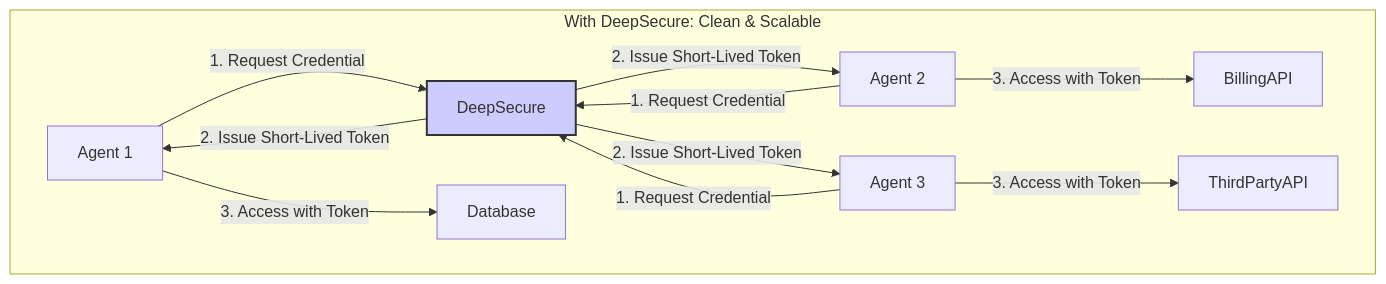
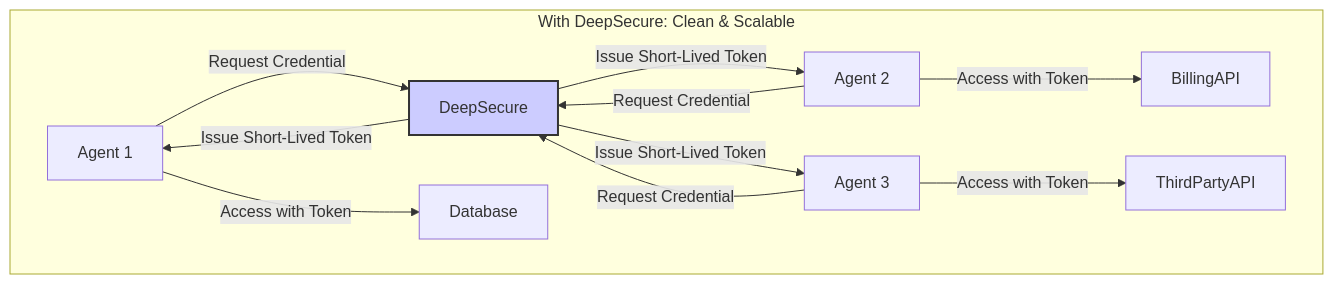
One commit to DeepTrail/deepsecure changed the second of 3 diagrams in README.md. Above: the diagram before and after it, drawn with Mermaid.

Commit message:
Updating README to fix diagram

````diff
--- a/README.md
+++ b/README.md
@@ -170,18 +170,18 @@
 ```mermaid
 graph TD
     subgraph "With DeepSecure: Clean & Scalable"
-        Agent1["Agent 1"] -->|1. Request Credential| DeepSecure
-        Agent2["Agent 2"] -->|1. Request Credential| DeepSecure
-        Agent3["Agent 3"] -->|1. Request Credential| DeepSecure
+        Agent1["Agent 1"] -->|"Request Credential"| DeepSecure
+        Agent2["Agent 2"] -->|"Request Credential"| DeepSecure
+        Agent3["Agent 3"] -->|"Request Credential"| DeepSecure
 
-        DeepSecure -- "2. Issue Short-Lived Token" --> Agent1
-        DeepSecure -- "2. Issue Short-Lived Token" --> Agent2
-        DeepSecure -- "2. Issue Short-Lived Token" --> Agent3
+        DeepSecure -->|"Issue Short-Lived Token"| Agent1
+        DeepSecure -->|"Issue Short-Lived Token"| Agent2
+        DeepSecure -->|"Issue Short-Lived Token"| Agent3
 
-        Agent1 -->|3. Access with Token| Database
-        Agent2 -->|3. Access with Token| BillingAPI
-        Agent3 -->|3. Access with Token| ThirdPartyAPI
+        Agent1 -->|"Access with Token"| Database
+        Agent2 -->|"Access with Token"| BillingAPI
+        Agent3 -->|"Access with Token"| ThirdPartyAPI
 
         style DeepSecure fill:#ccf,stroke:#333,stroke-width:2px
     end
 ```
````
